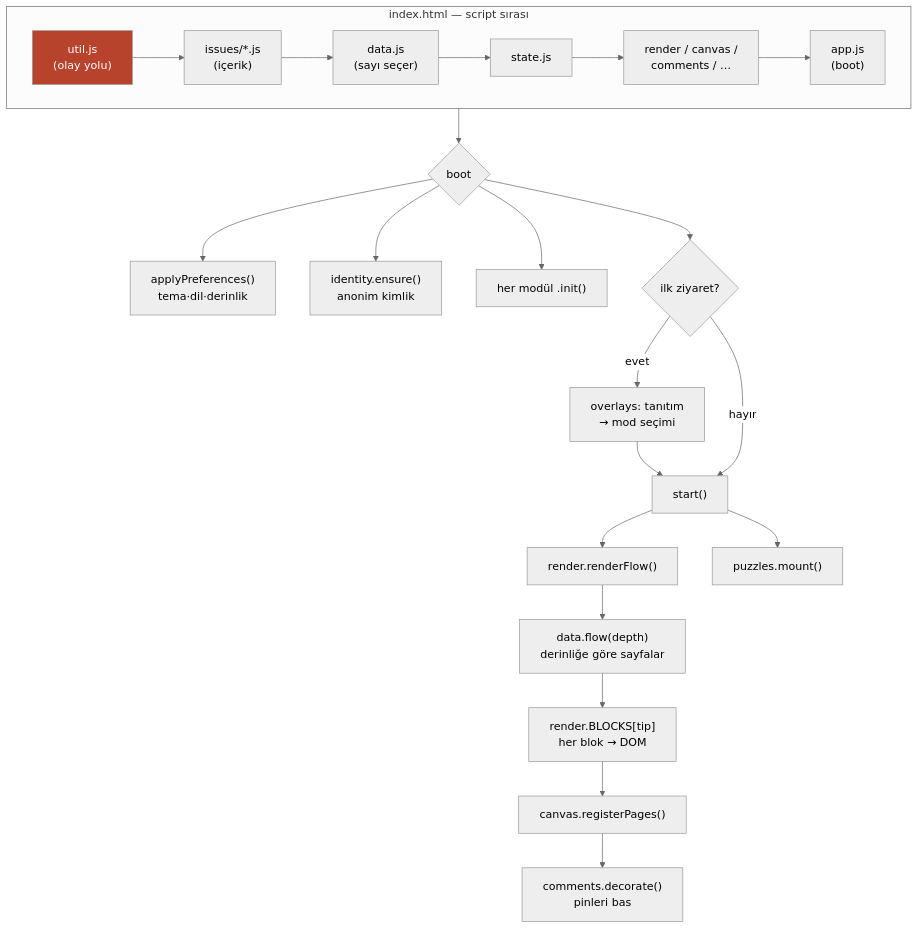
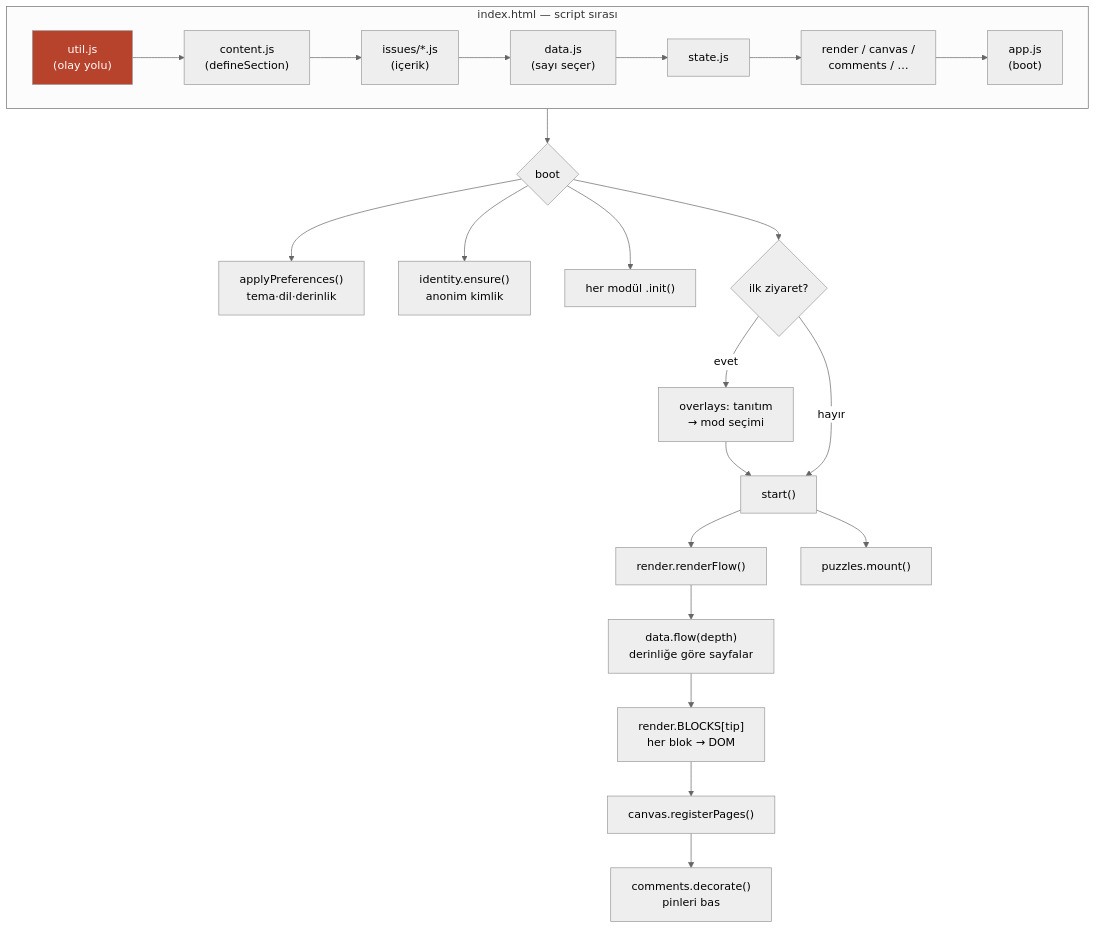
The first of 2 diagrams in docs/MIMARI.md (emreuctepe/sergi), drawn with Mermaid (neutral theme) before and after one commit. The commit also changed other lines of this file and 7 other files, not shown here.

````diff
--- a/docs/MIMARI.md
+++ b/docs/MIMARI.md
@@ -85,26 +103,26 @@
 ```mermaid
 flowchart TB
     subgraph HTML["index.html — script sırası"]
         direction LR
-        H1["util.js<br/>(olay yolu)"] --> H2["issues/*.js<br/>(içerik)"] --> H3["data.js<br/>(sayı seçer)"] --> H4["state.js"] --> H5["render / canvas /<br/>comments / …"] --> H6["app.js<br/>(boot)"]
+        H1["util.js<br/>(olay yolu)"] --> H0["content.js<br/>(defineSection)"] --> H2["issues/*.js<br/>(içerik)"] --> H3["data.js<br/>(sayı seçer)"] --> H4["state.js"] --> H5["render / canvas /<br/>comments / …"] --> H6["app.js<br/>(boot)"]
     end
 
     H6 --> BOOT{boot}
     BOOT --> P["applyPreferences()<br/>tema·dil·derinlik"]
     BOOT --> ID["identity.ensure()<br/>anonim kimlik"]
     BOOT --> INIT["her modül .init()"]
     BOOT --> FIRST{ilk ziyaret?}
 
     FIRST -- evet --> INTRO["overlays: tanıtım<br/>→ mod seçimi"] --> START
     FIRST -- hayır --> START["start()"]
 
     START --> RF["render.renderFlow()"]
     RF --> DF["data.flow(depth)<br/>derinliğe göre sayfalar"]
     DF --> BLK["render.BLOCKS[tip]<br/>her blok → DOM"]
     BLK --> REG["canvas.registerPages()"]
     REG --> DEC["comments.decorate()<br/>pinleri bas"]
     START --> PZ["puzzles.mount()"]
 
     classDef bus fill:#b8432c,color:#fff;
     class H1 bus;
 ```
````
